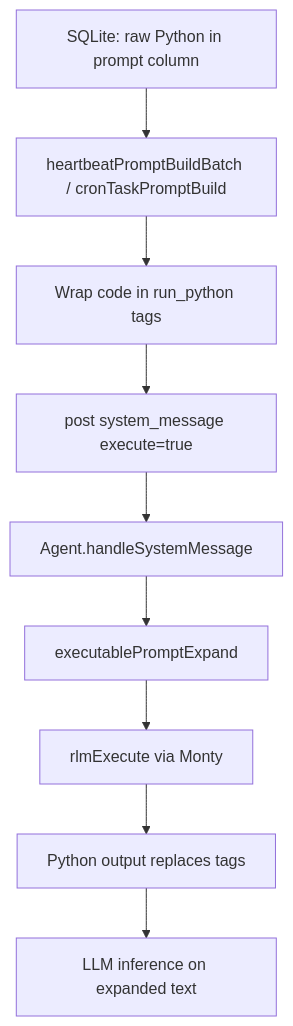
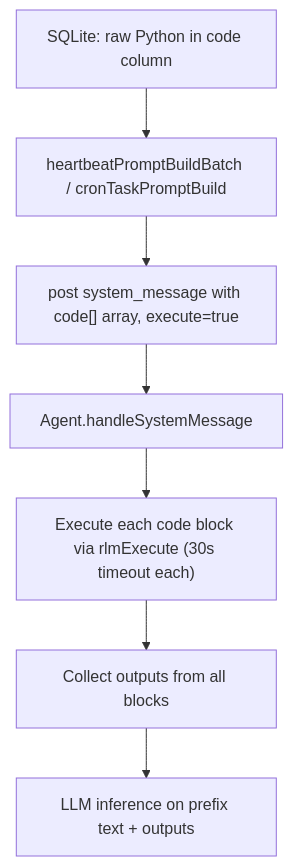
One commit to ex3ndr/daycare changed the diagram in doc/internals/heartbeat-cron-python.md. Above: the diagram before and after it, drawn with Mermaid. The commit also changed other lines of this file and 32 other files, not shown here.

First line of the commit message:
feat(heartbeat,cron): execute Python code blocks directly via rlmExecute

````diff
--- a/doc/internals/heartbeat-cron-python.md
+++ b/doc/internals/heartbeat-cron-python.md
@@ -11,11 +11,9 @@
 ```mermaid
 flowchart TD
-  Store[SQLite: raw Python in prompt column] --> Builder[heartbeatPromptBuildBatch / cronTaskPromptBuild]
-  Builder --> Wrap[Wrap code in run_python tags]
-  Wrap --> Post[post system_message execute=true]
+  Store[SQLite: raw Python in code column] --> Builder[heartbeatPromptBuildBatch / cronTaskPromptBuild]
+  Builder --> Post["post system_message with code[] array, execute=true"]
   Post --> Agent[Agent.handleSystemMessage]
-  Agent --> Expand[executablePromptExpand]
-  Expand --> RLM[rlmExecute via Monty]
-  RLM --> Output[Python output replaces tags]
-  Output --> Inference[LLM inference on expanded text]
+  Agent --> Execute["Execute each code block via rlmExecute (30s timeout each)"]
+  Execute --> Output[Collect outputs from all blocks]
+  Output --> Inference[LLM inference on prefix text + outputs]
 ```
````
